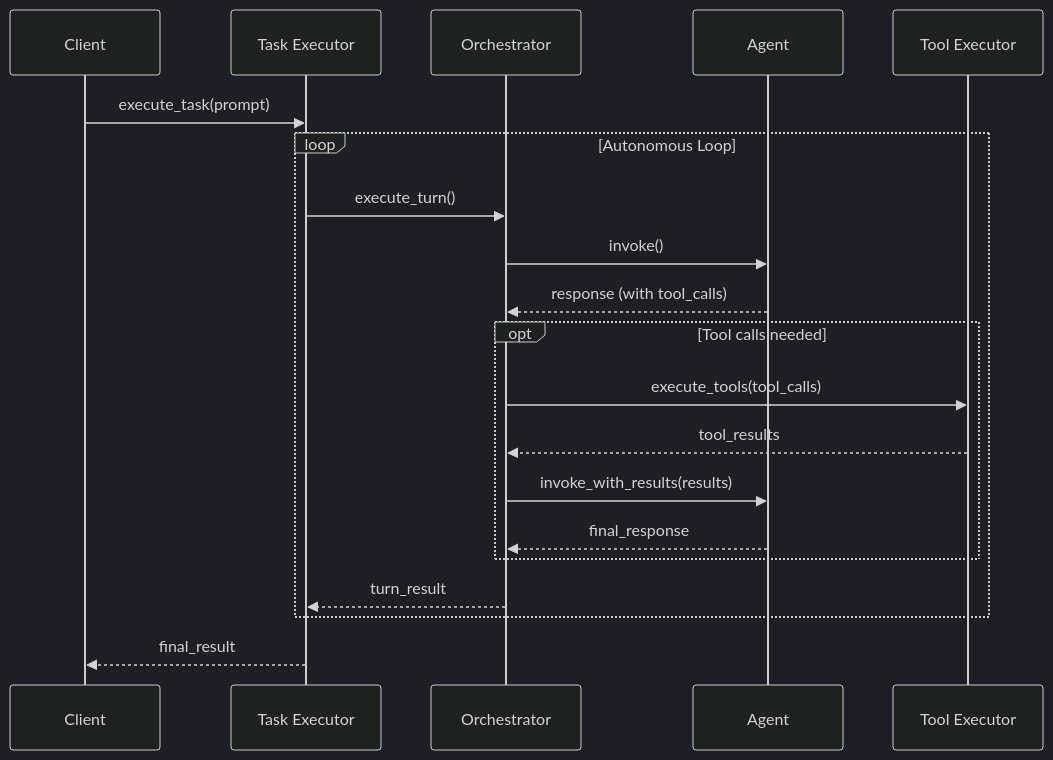
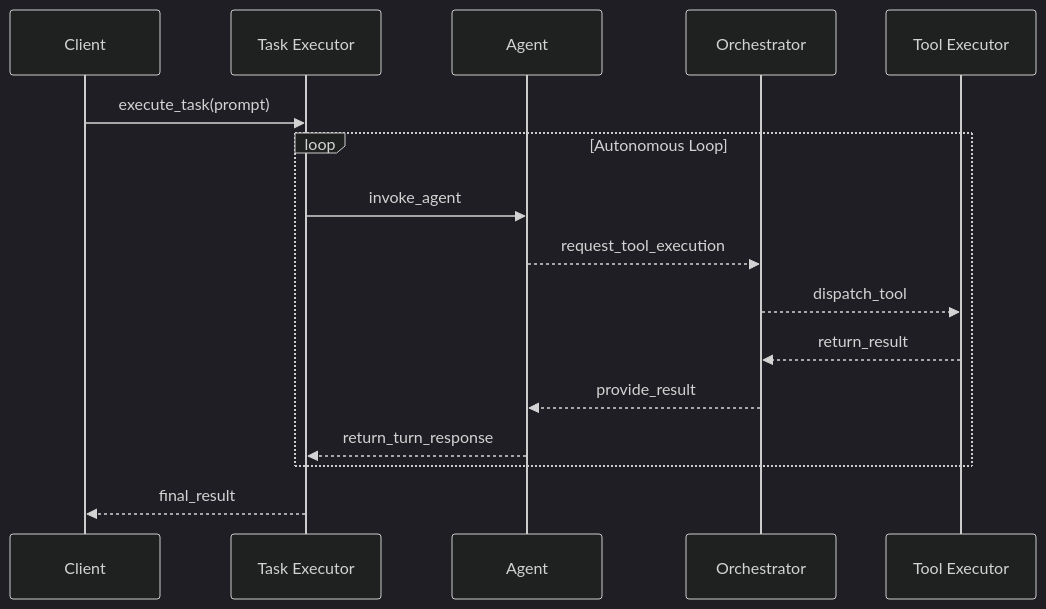
Before and after one commit to dustland/roboco: the second of 4 diagrams in docs/01-architecture.md, drawn with Mermaid (dark theme). The commit also changed other lines of this file, not shown here.

Commit message:
refactor: clarify roles and interactions in AgentX architecture documentation, enhancing descriptions of Task Executor, Orchestrator, and Agent processes, while updating execution flow diagrams for improved understanding of tool management and agent collaboration

````diff
--- a/docs/01-architecture.md
+++ b/docs/01-architecture.md
@@ -101,23 +101,19 @@
 ```mermaid
 sequenceDiagram
     participant C as Client
     participant TX as Task Executor
+    participant AG as Agent
     participant OR as Orchestrator
-    participant AG as Agent
     participant TE as Tool Executor
 
     C->>TX: execute_task(prompt)
     loop Autonomous Loop
-        TX->>OR: execute_turn()
-        OR->>AG: invoke()
-        AG-->>OR: response (with tool_calls)
-        opt Tool calls needed
-            OR->>TE: execute_tools(tool_calls)
-            TE-->>OR: tool_results
-            OR->>AG: invoke_with_results(results)
-            AG-->>OR: final_response
-        end
-        OR-->>TX: turn_result
+        TX->>AG: invoke_agent
+        AG-->>OR: request_tool_execution
+        OR-->>TE: dispatch_tool
+        TE-->>OR: return_result
+        OR-->>AG: provide_result
+        AG-->>TX: return_turn_response
     end
     TX-->>C: final_result
 ```
````
